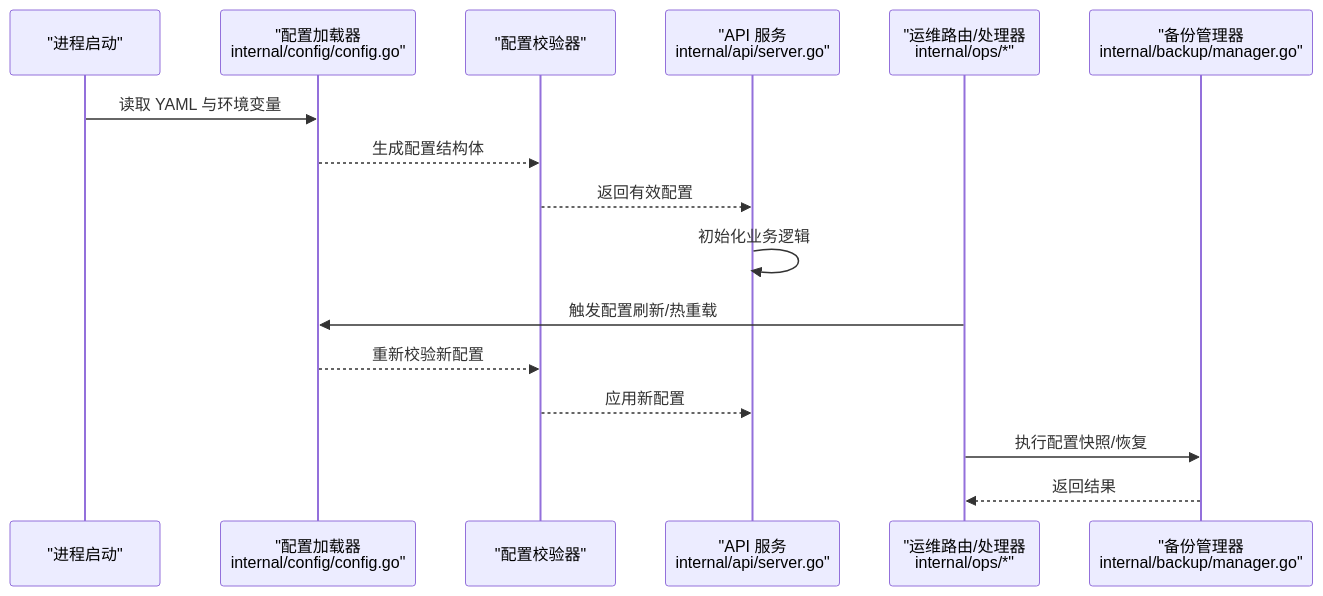
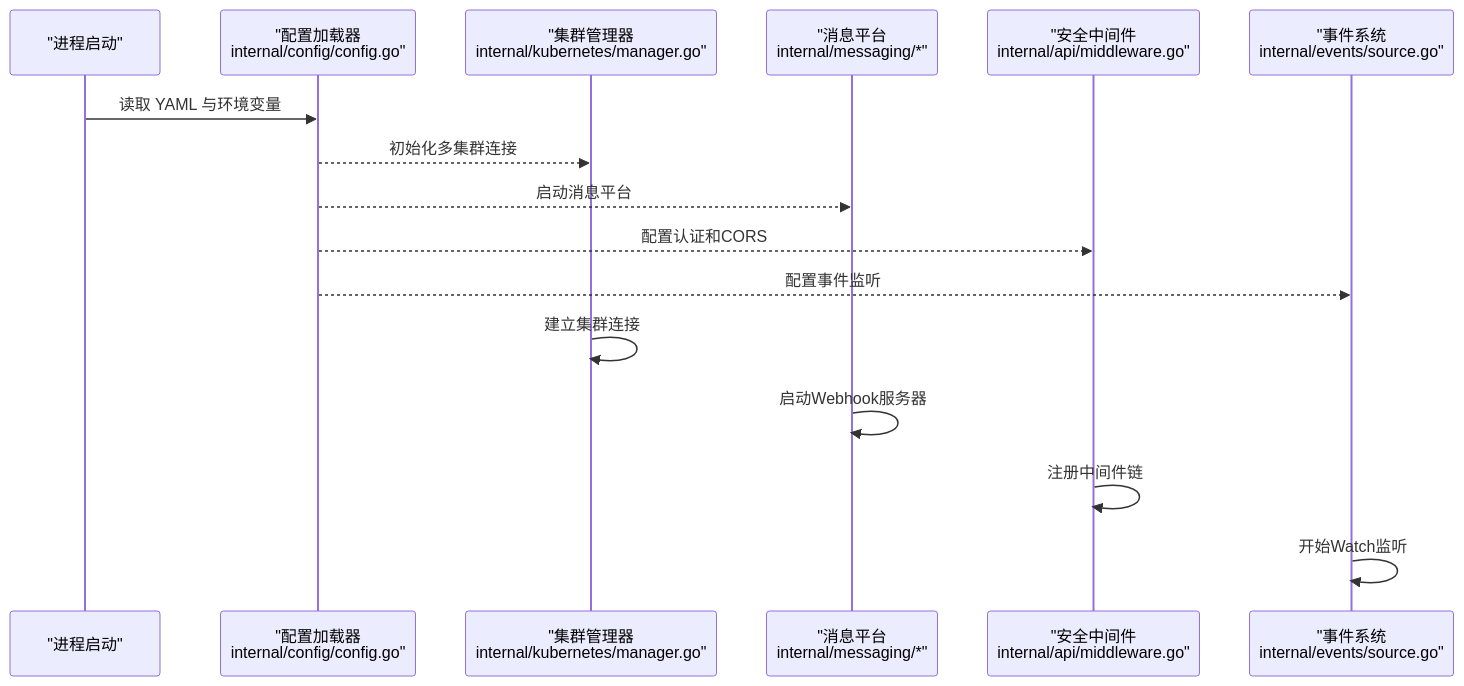
The second of 4 diagrams in .qoder/repowiki/zh/content/安装部署/配置管理.md (kudig-io/klaw), drawn with Mermaid before and after one commit. The commit also changed other lines of this file and 245 other files, not shown here.

````diff
--- a/.qoder/repowiki/zh/content/安装部署/配置管理.md
+++ b/.qoder/repowiki/zh/content/安装部署/配置管理.md
@@ -104,18 +123,18 @@
 ```mermaid
 sequenceDiagram
 participant 启动 as "进程启动"
 participant 配置 as "配置加载器<br/>internal/config/config.go"
-participant 校验 as "配置校验器"
-participant 服务 as "API 服务<br/>internal/api/server.go"
-participant 运维 as "运维路由/处理器<br/>internal/ops/*"
-participant 备份 as "备份管理器<br/>internal/backup/manager.go"
+participant 集群 as "集群管理器<br/>internal/kubernetes/manager.go"
+participant 消息 as "消息平台<br/>internal/messaging/*"
+participant 安全 as "安全中间件<br/>internal/api/middleware.go"
+participant 事件 as "事件系统<br/>internal/events/source.go"
 启动->>配置 : 读取 YAML 与环境变量
-配置-->>校验 : 生成配置结构体
-校验-->>服务 : 返回有效配置
-服务->>服务 : 初始化业务逻辑
-运维->>配置 : 触发配置刷新/热重载
-配置-->>校验 : 重新校验新配置
-校验-->>服务 : 应用新配置
-运维->>备份 : 执行配置快照/恢复
-备份-->>运维 : 返回结果
+配置-->>集群 : 初始化多集群连接
+配置-->>消息 : 启动消息平台
+配置-->>安全 : 配置认证和CORS
+配置-->>事件 : 配置事件监听
+集群->>集群 : 建立集群连接
+消息->>消息 : 启动Webhook服务器
+安全->>安全 : 注册中间件链
+事件->>事件 : 开始Watch监听
 ```
````
